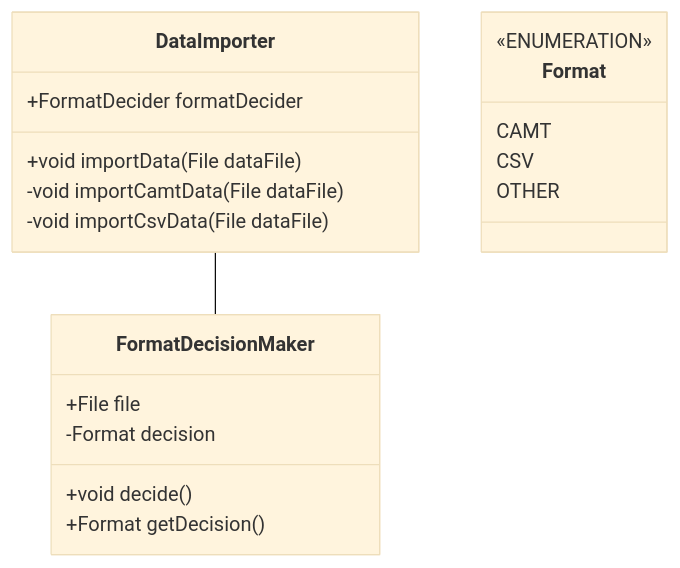
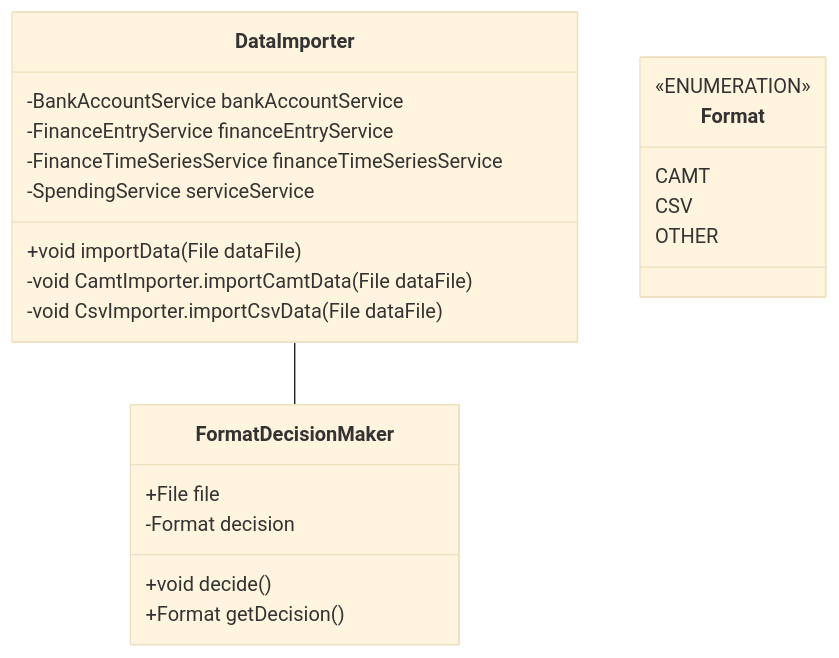
One commit to homsim/jeld changed the diagram in docs/Arch.md. Above: the diagram before and after it, drawn with Mermaid (base theme). The commit also changed 7 other files, not shown here.

````diff
--- a/docs/Arch.md
+++ b/docs/Arch.md
@@ -15,27 +15,33 @@
 ```mermaid
 classDiagram
     
     DataImporter -- FormatDecisionMaker
 
 class DataImporter{
-    +FormatDecider formatDecider
+    -BankAccountService bankAccountService
+    -FinanceEntryService financeEntryService
+    -FinanceTimeSeriesService financeTimeSeriesService
+    -SpendingService serviceService
+
     +void importData(File dataFile)
-    -void importCamtData(File dataFile)
-    -void importCsvData(File dataFile)
+    -void CamtImporter.importCamtData(File dataFile)
+    -void CsvImporter.importCsvData(File dataFile)
 }
 
 class FormatDecisionMaker{
     +File file
     -Format decision
     +void decide()
     +Format getDecision()
 }
 
 class Format{
     <<ENUMERATION>>
     CAMT
     CSV
     OTHER
 }
 
+
+
 ```
````
